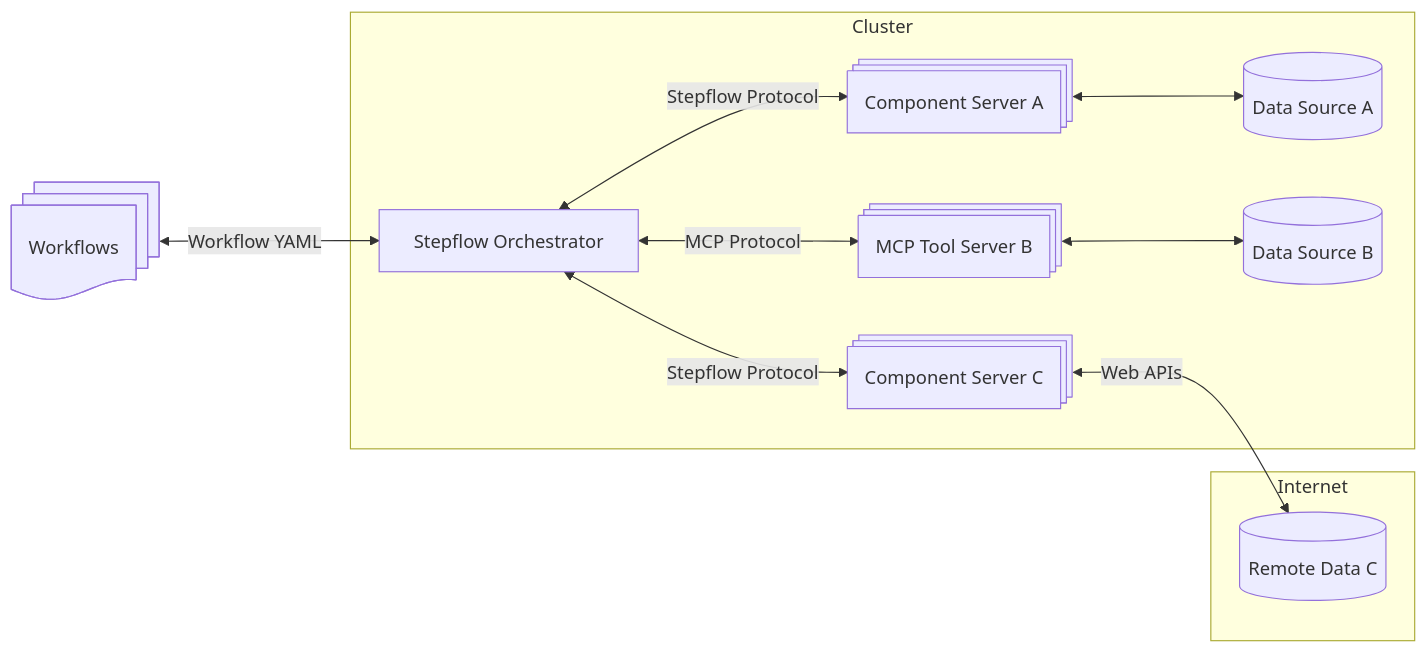
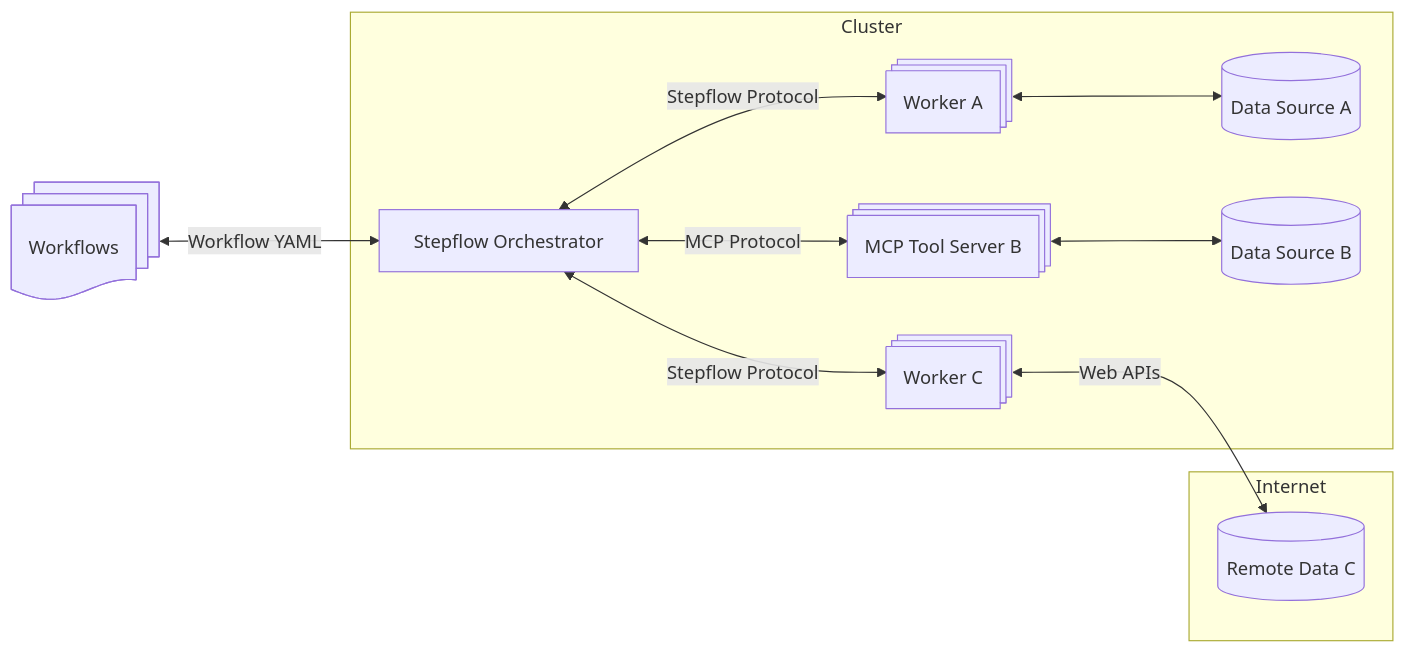
The first of 2 diagrams in docs/docs/introduction.md (stepflow-ai/stepflow), drawn with Mermaid before and after one commit. The commit also changed other lines of this file and 27 other files, not shown here.

````diff
--- a/docs/docs/introduction.md
+++ b/docs/docs/introduction.md
@@ -41,26 +41,26 @@
     ```mermaid
     flowchart LR
         Workflows@{ shape: docs, label:"Workflows" }
 
         subgraph "Cluster"
             Host@{shape: process, label: "Stepflow Orchestrator"}
 
-            S1@{shape: processes, label: "Component Server A"}
-            S2@{shape: processes, label: "MCP Tool Server B"} 
-            S3@{shape: processes, label: "Component Server C"}
+            S1@{shape: processes, label: "Worker A"}
+            S2@{shape: processes, label: "MCP Tool Server B"}
+            S3@{shape: processes, label: "Worker C"}
             D1@{shape: cylinder, label: "Data Source A"}
             D2@{shape: cylinder, label: "Data Source B"}
         end
 
         subgraph "Internet"
             D3@{shape: cylinder, label: "Remote Data C"}
         end
 
         Workflows <-->|"Workflow YAML"| Host
         S1 <--> D1
         S2 <--> D2
         Host <-->|"Stepflow Protocol"| S1
         Host <-->|"MCP Protocol"| S2
         Host <-->|"Stepflow Protocol"| S3
         S3 <-->|"Web APIs"| D3
     ```
````
